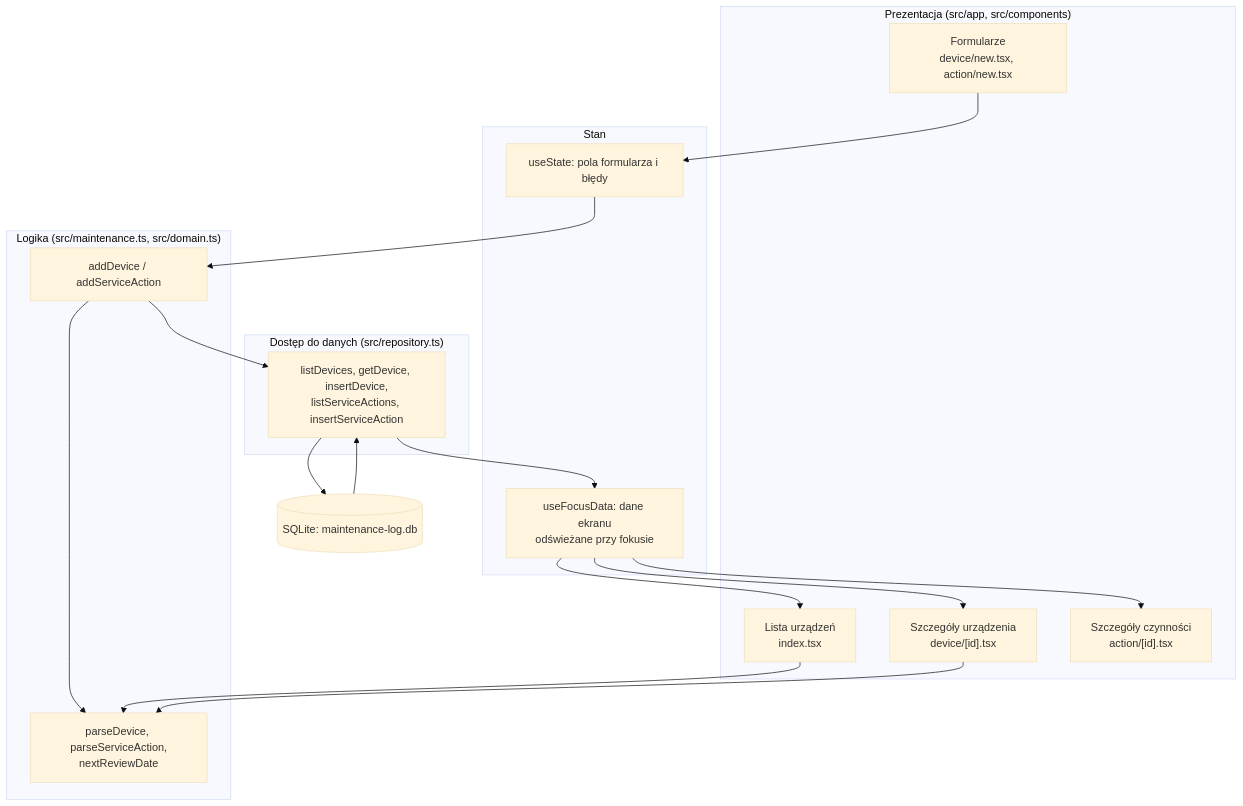
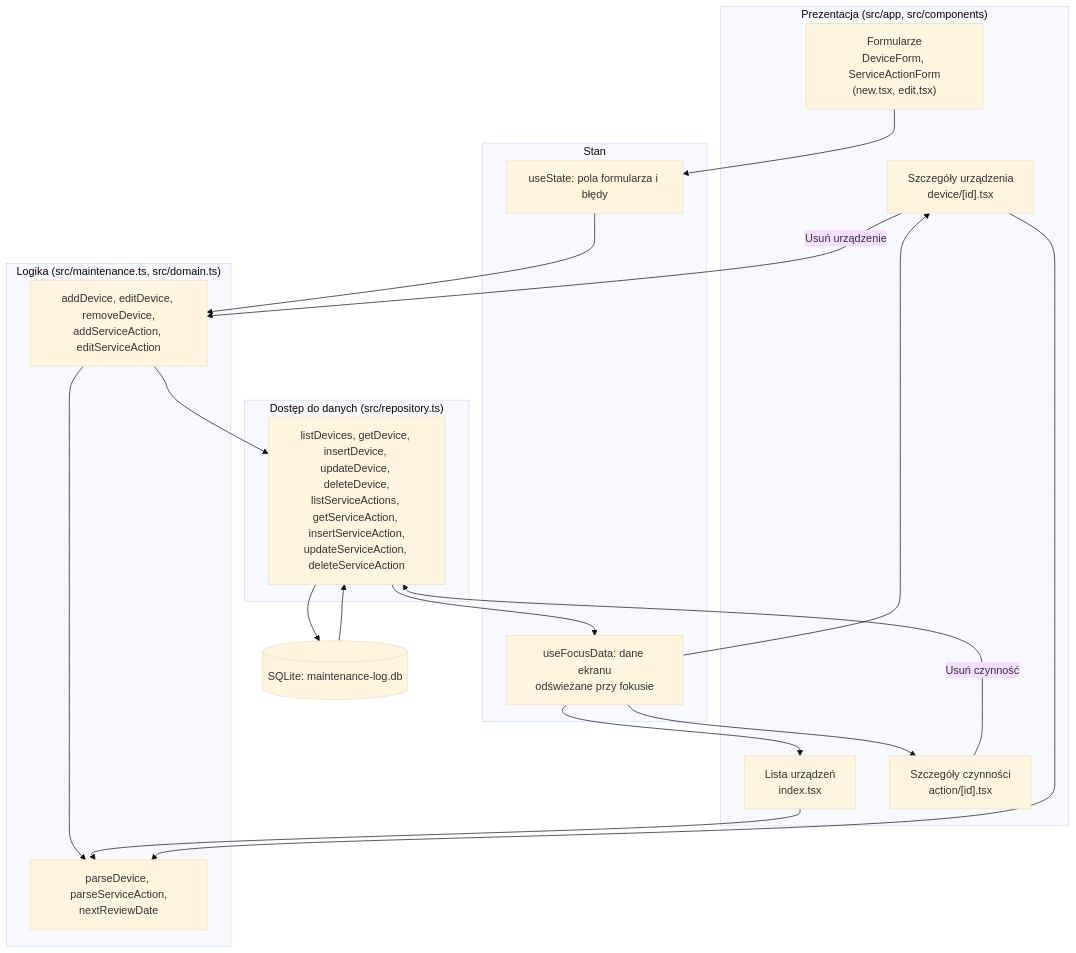
One commit to rokartur/supreme-pancake changed the first of 2 diagrams in docs/architecture.md. Above: the diagram before and after it, drawn with Mermaid (base theme). The commit also changed other lines of this file and 28 other files, not shown here.

First line of the commit message:
feat(app): edit and delete devices and service actions (#2)

````diff
--- a/docs/architecture.md
+++ b/docs/architecture.md
@@ -24,28 +28,30 @@
 ```mermaid
 flowchart TD
   subgraph UI["Prezentacja (src/app, src/components)"]
     List["Lista urządzeń<br/>index.tsx"]
     DeviceDetails["Szczegóły urządzenia<br/>device/[id].tsx"]
-    Forms["Formularze<br/>device/new.tsx, action/new.tsx"]
+    Forms["Formularze<br/>DeviceForm, ServiceActionForm<br/>(new.tsx, edit.tsx)"]
     ActionDetails["Szczegóły czynności<br/>action/[id].tsx"]
   end
   subgraph State["Stan"]
     FormState["useState: pola formularza i błędy"]
     Focus["useFocusData: dane ekranu<br/>odświeżane przy fokusie"]
   end
   subgraph Logic["Logika (src/maintenance.ts, src/domain.ts)"]
-    UseCases["addDevice / addServiceAction"]
+    UseCases["addDevice, editDevice, removeDevice,<br/>addServiceAction, editServiceAction"]
     Rules["parseDevice, parseServiceAction,<br/>nextReviewDate"]
   end
   subgraph Data["Dostęp do danych (src/repository.ts)"]
-    Repo["listDevices, getDevice, insertDevice,<br/>listServiceActions, insertServiceAction"]
+    Repo["listDevices, getDevice, insertDevice, updateDevice, deleteDevice,<br/>listServiceActions, getServiceAction, insertServiceAction,<br/>updateServiceAction, deleteServiceAction"]
   end
   DB[("SQLite: maintenance-log.db")]
 
   Forms --> FormState --> UseCases
   UseCases --> Rules
   UseCases --> Repo
   Repo --> DB
   DB --> Repo --> Focus --> List & DeviceDetails & ActionDetails
+  DeviceDetails -->|"Usuń urządzenie"| UseCases
+  ActionDetails -->|"Usuń czynność"| Repo
   List & DeviceDetails --> Rules
 ```
````
